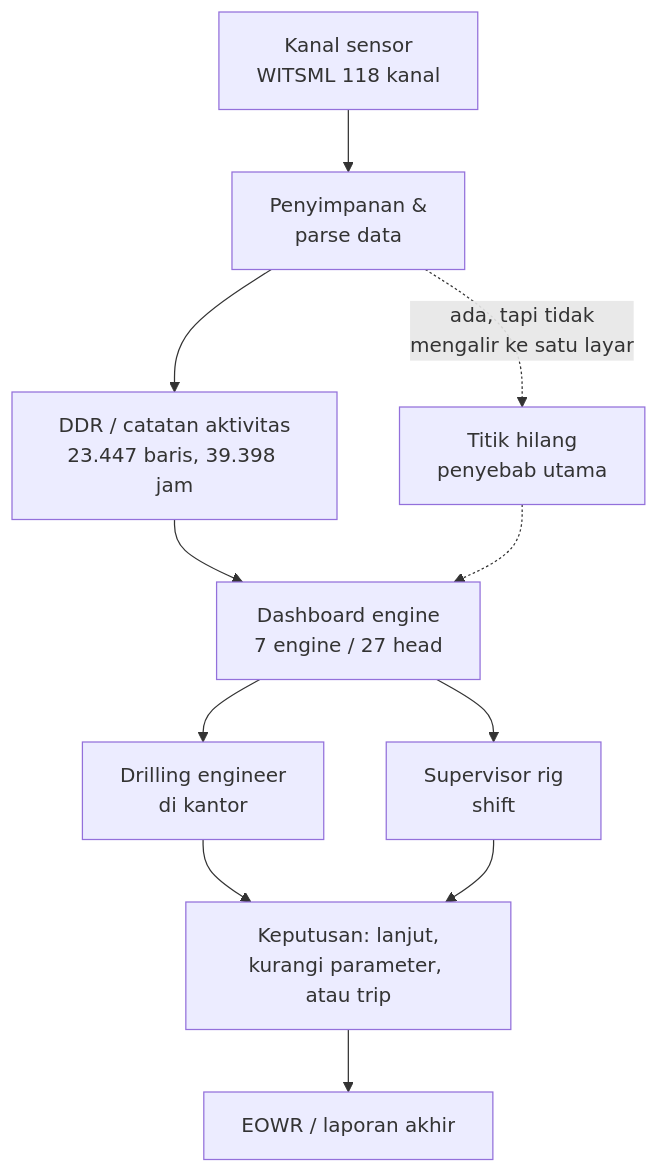
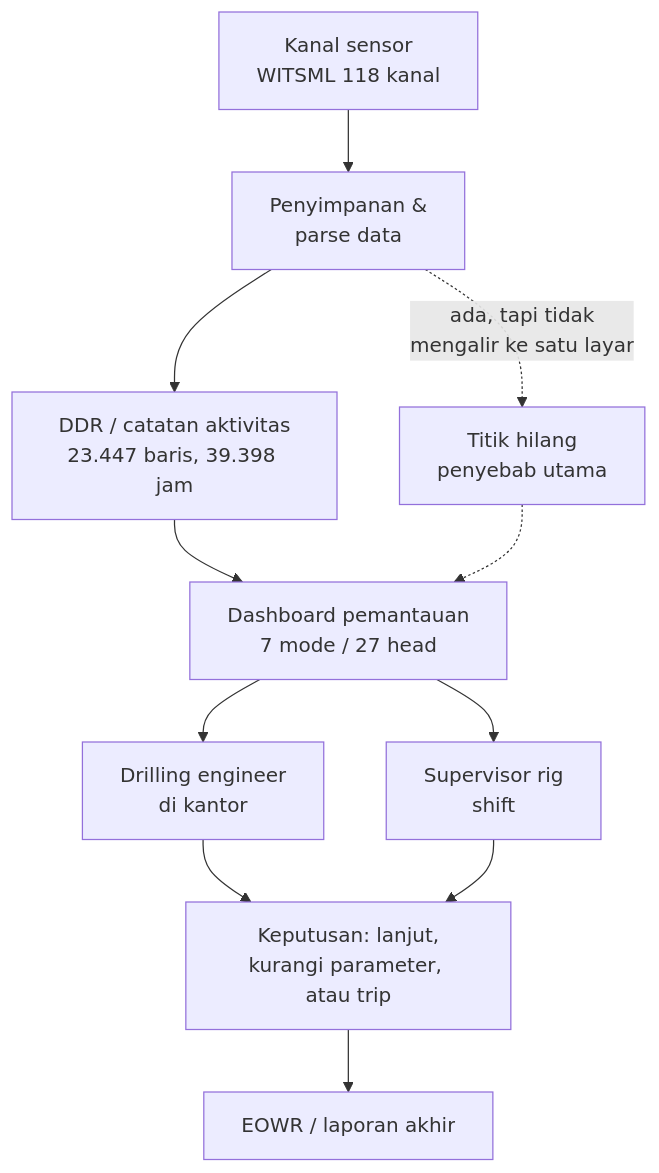
One commit to neonti28/ppt1-capstone-proposal changed the third of 5 diagrams in docs/PPT1_BAB2.md. Above: the diagram before and after it, drawn with Mermaid. The commit also changed other lines of this file and 932 other files, not shown here.

````diff
--- a/docs/PPT1_BAB2.md
+++ b/docs/PPT1_BAB2.md
@@ -82,13 +82,13 @@
 ```mermaid
 flowchart TD
   S1[Kanal sensor<br/>WITSML 118 kanal] --> S2[Penyimpanan &<br/>parse data]
   S2 --> S3[DDR / catatan aktivitas<br/>23.447 baris, 39.398 jam]
-  S3 --> S4[Dashboard engine<br/>7 engine / 27 head]
+  S3 --> S4[Dashboard pemantauan<br/>7 mode / 27 head]
   S4 --> S5[Drilling engineer<br/>di kantor]
   S4 --> S6[Supervisor rig<br/>shift]
   S5 --> S7[Keputusan: lanjut,<br/>kurangi parameter, atau trip]
   S6 --> S7
   S7 --> S8[EOWR / laporan akhir]
   S2 -. ada, tapi tidak<br/>mengalir ke satu layar .-> S9[Titik hilang<br/>penyebab utama]
   S9 -.-> S4
 ```
````
